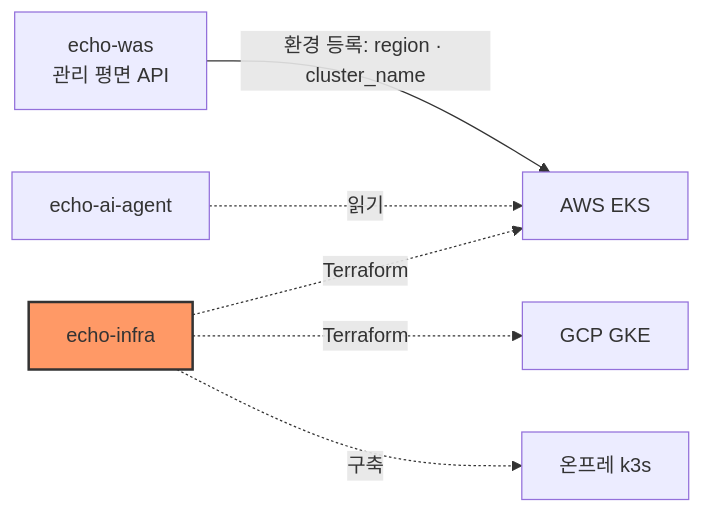
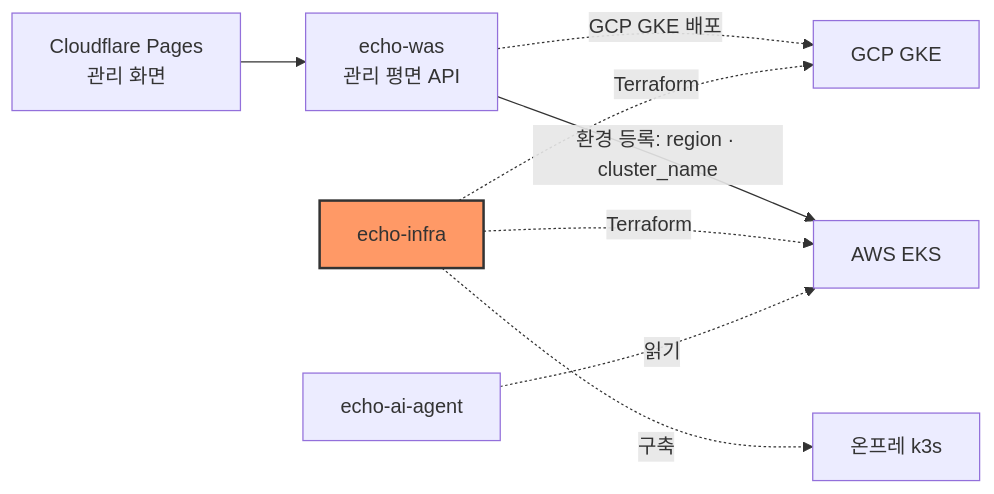
Before and after one commit to Softbank-Hackathon-2026-Team-Echo/echo-infra: the diagram in README.md, drawn with Mermaid. The commit also changed other lines of this file, not shown here.

Commit message:
docs: GCP 관제탑 상태를 README에 반영한다

````diff
--- a/README.md
+++ b/README.md
@@ -7,9 +7,11 @@
 ```mermaid
 flowchart LR
-  WAS[echo-was<br/>관리 평면 API] -->|환경 등록: region · cluster_name| EKS
+  CF[Cloudflare Pages<br/>관리 화면] --> WAS[echo-was<br/>관리 평면 API]
+  WAS -.GCP GKE 배포.-> GKE
+  WAS -->|환경 등록: region · cluster_name| EKS
   INFRA[echo-infra] -.Terraform.-> EKS[AWS EKS]
   INFRA -.Terraform.-> GKE[GCP GKE]
   INFRA -.구축.-> K3S[온프레 k3s]
   AI[echo-ai-agent] -.읽기.-> EKS
   style INFRA fill:#f96,stroke:#333,stroke-width:2px
 ```
````
